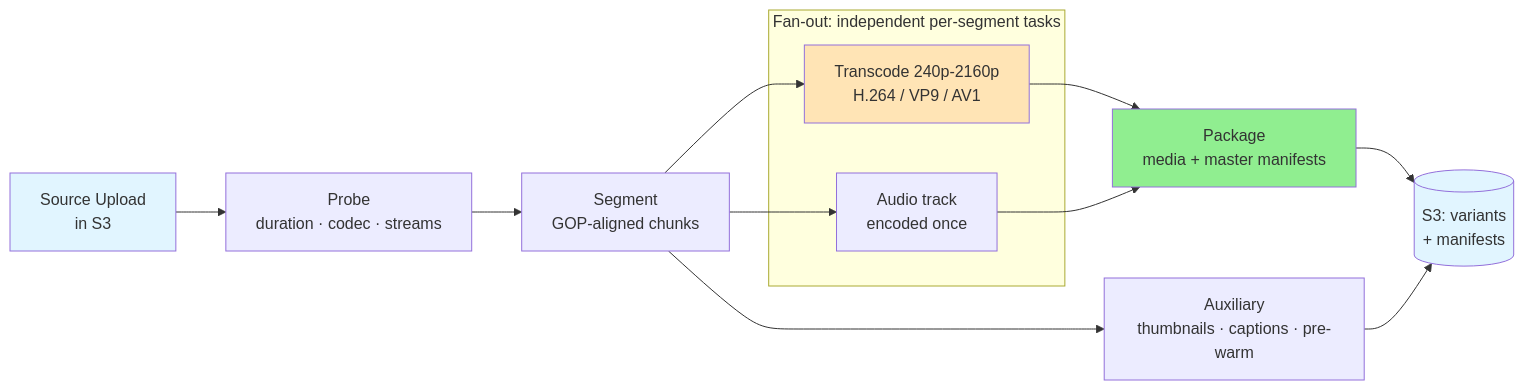
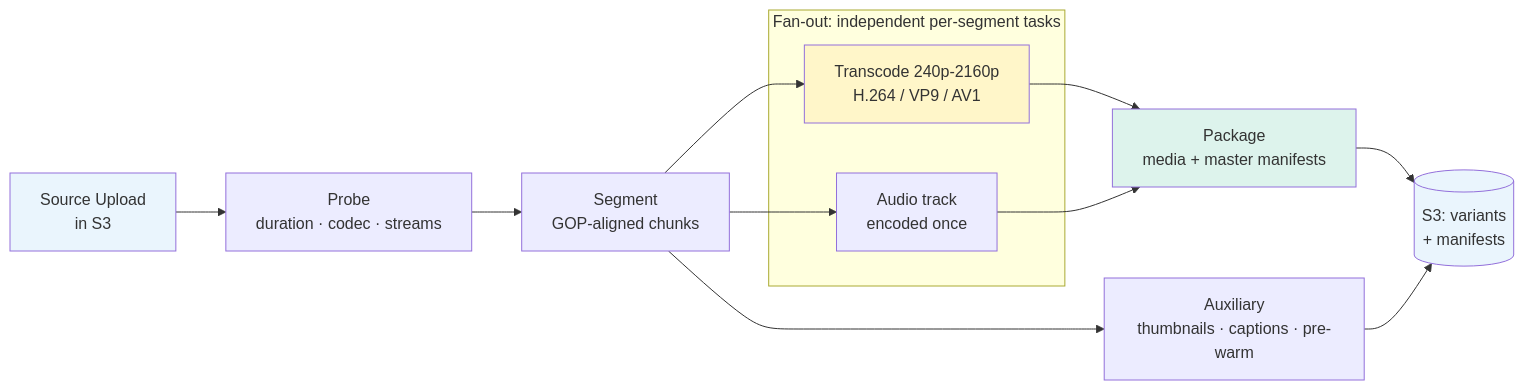
Before and after one commit to cartmancodes/InterviewVault: the third of 7 diagrams in LLD/questions/Design YouTube.md, drawn with Mermaid. The commit also changed other lines of this file and 679 other files, not shown here.

Commit message:
Unify content diagrams and add accessible visual walkthroughs

````diff
--- a/LLD/questions/Design YouTube.md
+++ b/LLD/questions/Design YouTube.md
@@ -244,29 +244,29 @@
 ```mermaid
 graph LR
     SRC[Source Upload<br/>in S3]
     PROBE[Probe<br/>duration · codec · streams]
     SEGMENT[Segment<br/>GOP-aligned chunks]
 
     subgraph "Fan-out: independent per-segment tasks"
         T1[Transcode 240p-2160p<br/>H.264 / VP9 / AV1]
         AUD[Audio track<br/>encoded once]
     end
 
     PKG[Package<br/>media + master manifests]
     AUX[Auxiliary<br/>thumbnails · captions · pre-warm]
     OUT[(S3: variants<br/>+ manifests)]
 
     SRC --> PROBE --> SEGMENT
     SEGMENT --> T1
     SEGMENT --> AUD
     T1 --> PKG
     AUD --> PKG
     PKG --> OUT
     SEGMENT --> AUX
     AUX --> OUT
 
-    style SRC fill:#e1f5ff
-    style OUT fill:#e1f5ff
-    style T1 fill:#FFE4B5
-    style PKG fill:#90EE90
+    style SRC fill:#EAF5FD
+    style OUT fill:#EAF5FD
+    style T1 fill:#FFF6C9
+    style PKG fill:#DDF3EC
 ```
````
